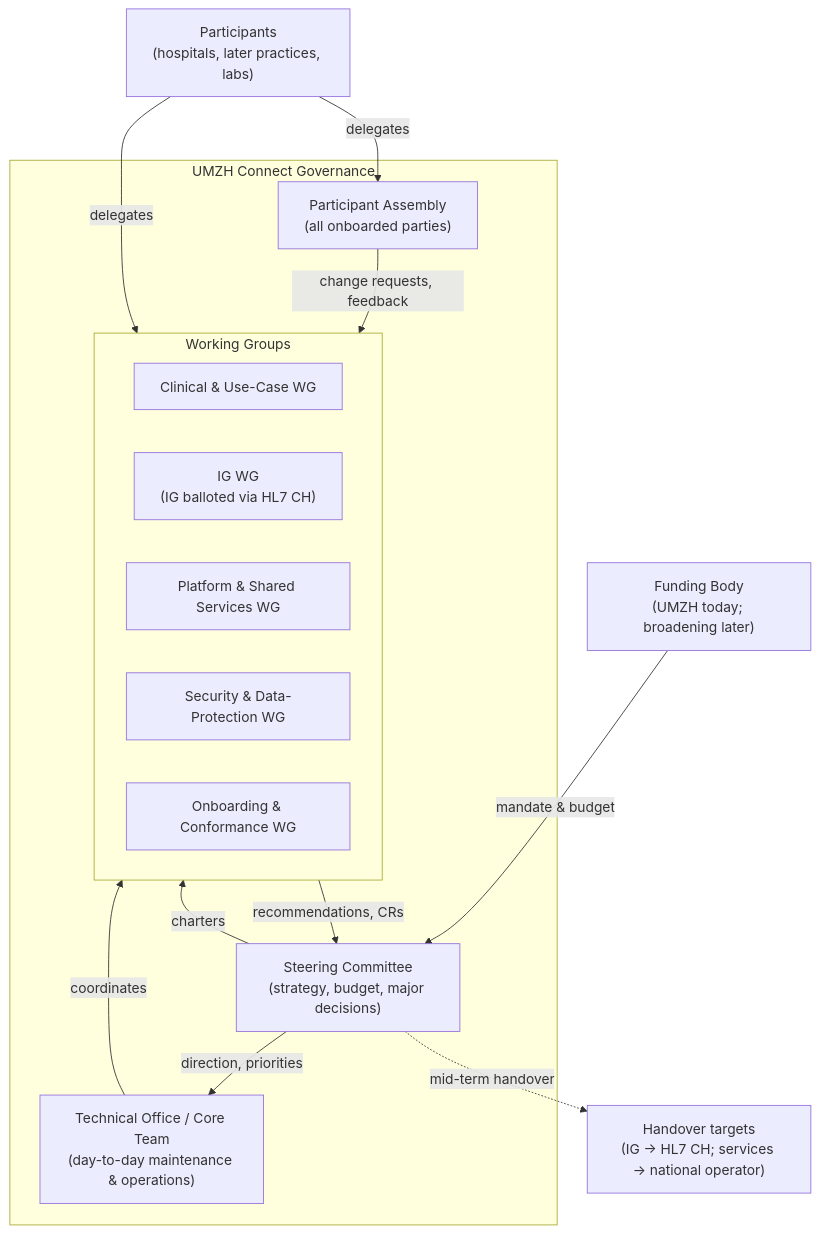
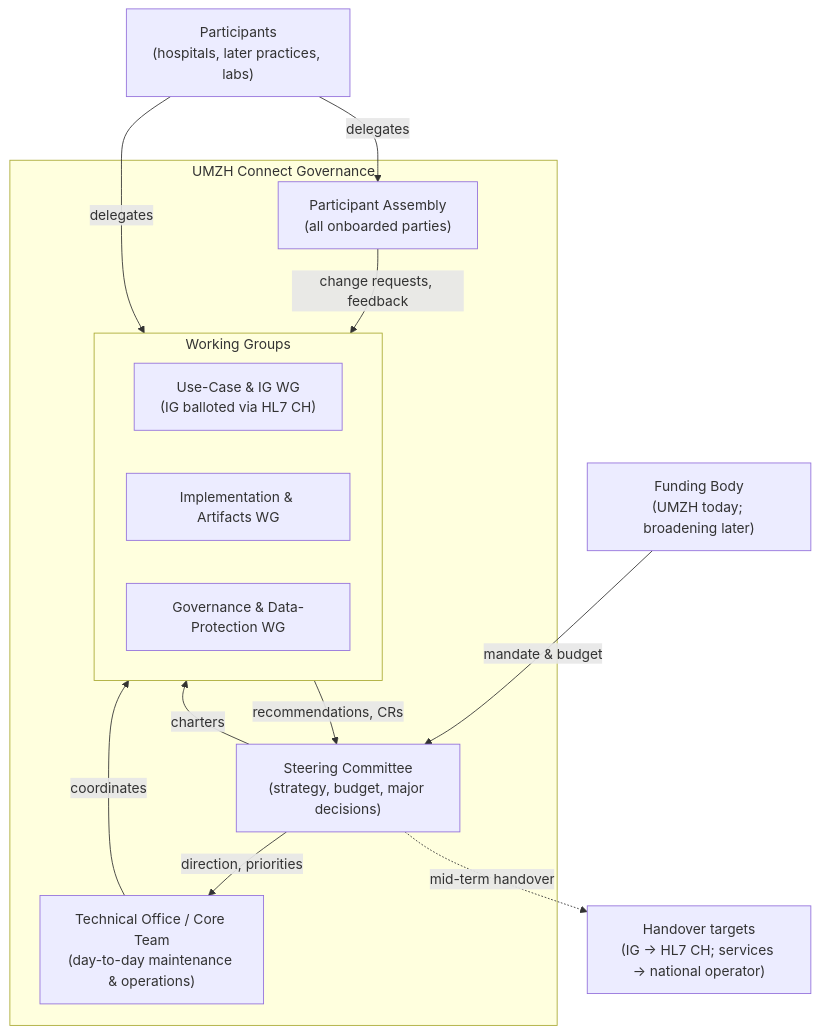
The first of 5 diagrams in governance-rationale.md (umzhconnect/umzhconnect-governance), drawn with Mermaid before and after one commit. The commit also changed other lines of this file and 2 other files, not shown here.

````diff
--- a/governance-rationale.md
+++ b/governance-rationale.md
@@ -95,32 +95,30 @@
 ```mermaid
 flowchart TB
     FUND["Funding Body<br/>(UMZH today; broadening later)"]
 
     subgraph GOV["UMZH Connect Governance"]
         SC["Steering Committee<br/>(strategy, budget, major decisions)"]
         TO["Technical Office / Core Team<br/>(day-to-day maintenance & operations)"]
 
         subgraph WGS["Working Groups"]
-            WG1["Clinical & Use-Case WG"]
-            WG2["IG WG<br/>(IG balloted via HL7 CH)"]
-            WG3["Platform & Shared Services WG"]
-            WG4["Security & Data-Protection WG"]
-            WG5["Onboarding & Conformance WG"]
+            WG1["Use-Case & IG WG<br/>(IG balloted via HL7 CH)"]
+            WG2["Implementation & Artifacts WG"]
+            WG3["Governance & Data-Protection WG"]
         end
 
         PA["Participant Assembly<br/>(all onboarded parties)"]
     end
 
     PARTIES["Participants<br/>(hospitals, later practices, labs)"]
     NAT["Handover targets<br/>(IG → HL7 CH; services → national operator)"]
 
     FUND -->|mandate & budget| SC
     SC -->|direction, priorities| TO
     SC -->|charters| WGS
     TO -->|coordinates| WGS
     WGS -->|recommendations, CRs| SC
     PA -->|change requests, feedback| WGS
     PARTIES -->|delegates| PA
     PARTIES -->|delegates| WGS
     SC -.->|mid-term handover| NAT
 ```
````
